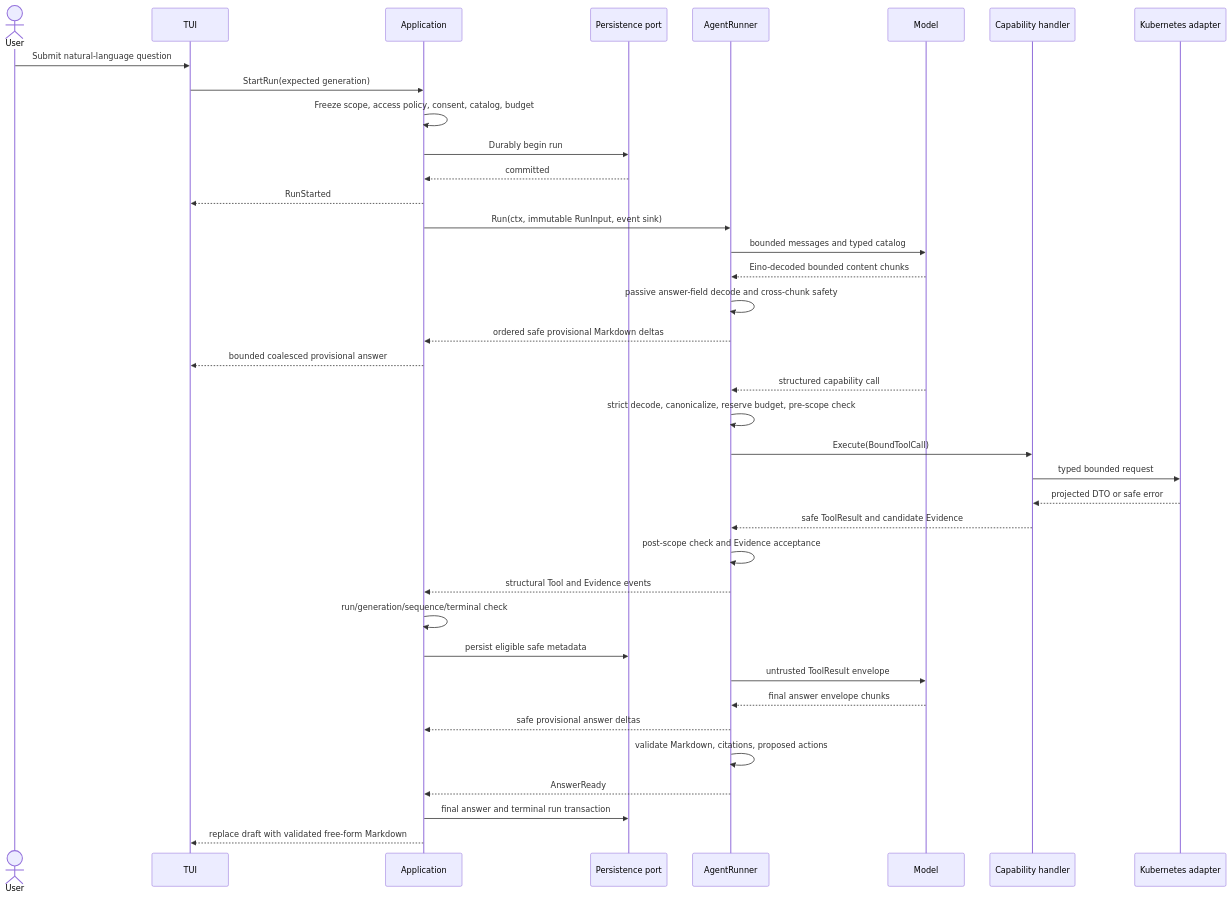
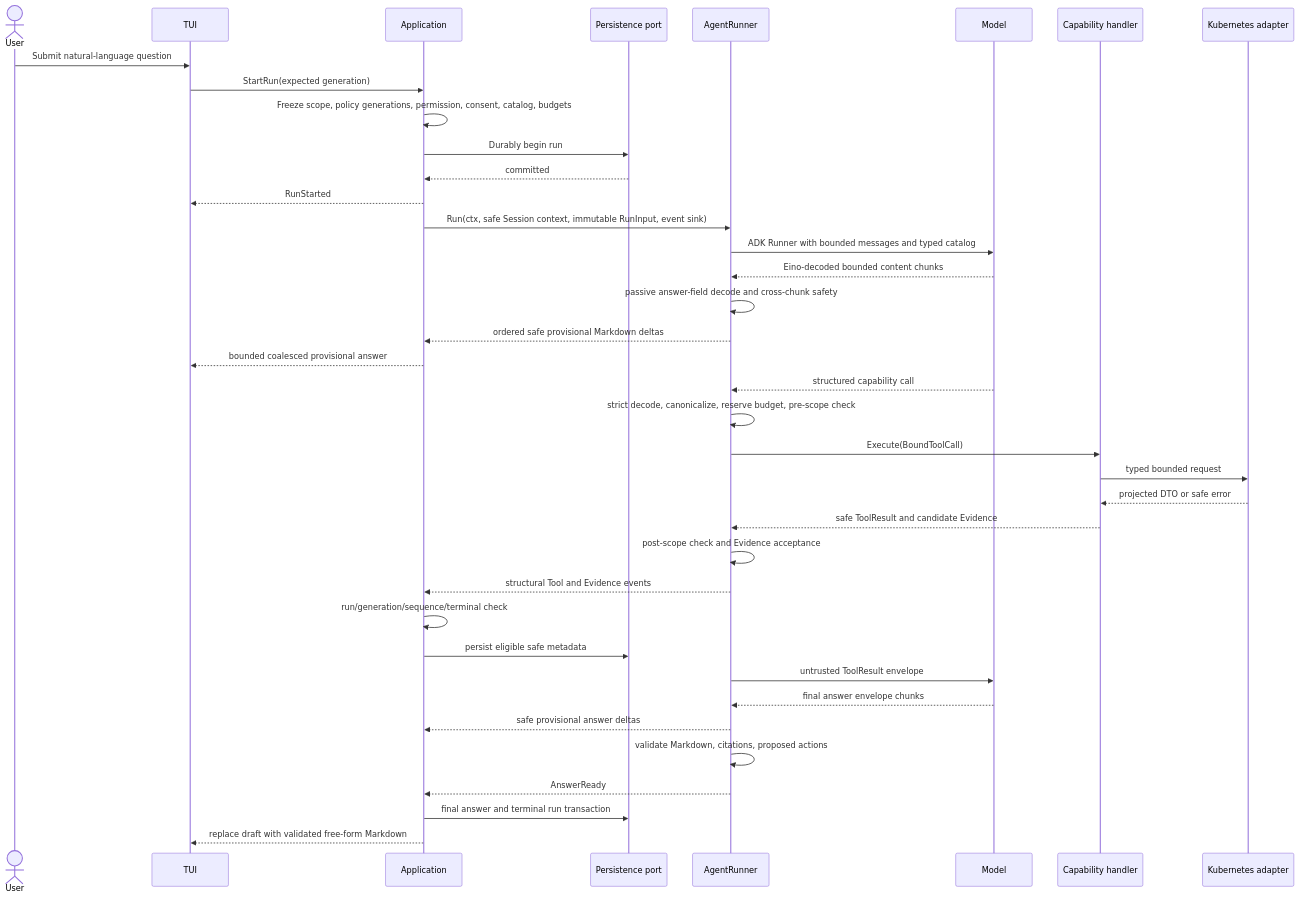
One commit to imbrooklyn/kupilot changed the third of 3 diagrams in docs/architecture.md. Above: the diagram before and after it, drawn with Mermaid. The commit also changed other lines of this file and 47 other files, not shown here.

````diff
--- a/docs/architecture.md
+++ b/docs/architecture.md
@@ -171,41 +195,41 @@
 ```mermaid
 sequenceDiagram
     actor User
     participant TUI
     participant App as Application
     participant Store as Persistence port
     participant Agent as AgentRunner
     participant Model
     participant Tool as Capability handler
     participant Kube as Kubernetes adapter
 
     User->>TUI: Submit natural-language question
     TUI->>App: StartRun(expected generation)
-    App->>App: Freeze scope, access policy, consent, catalog, budget
+    App->>App: Freeze scope, policy generations, permission, consent, catalog, budgets
     App->>Store: Durably begin run
     Store-->>App: committed
     App-->>TUI: RunStarted
-    App->>Agent: Run(ctx, immutable RunInput, event sink)
-    Agent->>Model: bounded messages and typed catalog
+    App->>Agent: Run(ctx, safe Session context, immutable RunInput, event sink)
+    Agent->>Model: ADK Runner with bounded messages and typed catalog
     Model-->>Agent: Eino-decoded bounded content chunks
     Agent->>Agent: passive answer-field decode and cross-chunk safety
     Agent-->>App: ordered safe provisional Markdown deltas
     App-->>TUI: bounded coalesced provisional answer
     Model-->>Agent: structured capability call
     Agent->>Agent: strict decode, canonicalize, reserve budget, pre-scope check
     Agent->>Tool: Execute(BoundToolCall)
     Tool->>Kube: typed bounded request
     Kube-->>Tool: projected DTO or safe error
     Tool-->>Agent: safe ToolResult and candidate Evidence
     Agent->>Agent: post-scope check and Evidence acceptance
     Agent-->>App: structural Tool and Evidence events
     App->>App: run/generation/sequence/terminal check
     App->>Store: persist eligible safe metadata
     Agent->>Model: untrusted ToolResult envelope
     Model-->>Agent: final answer envelope chunks
     Agent-->>App: safe provisional answer deltas
     Agent->>Agent: validate Markdown, citations, proposed actions
     Agent-->>App: AnswerReady
     App->>Store: final answer and terminal run transaction
     App-->>TUI: replace draft with validated free-form Markdown
 ```
````
